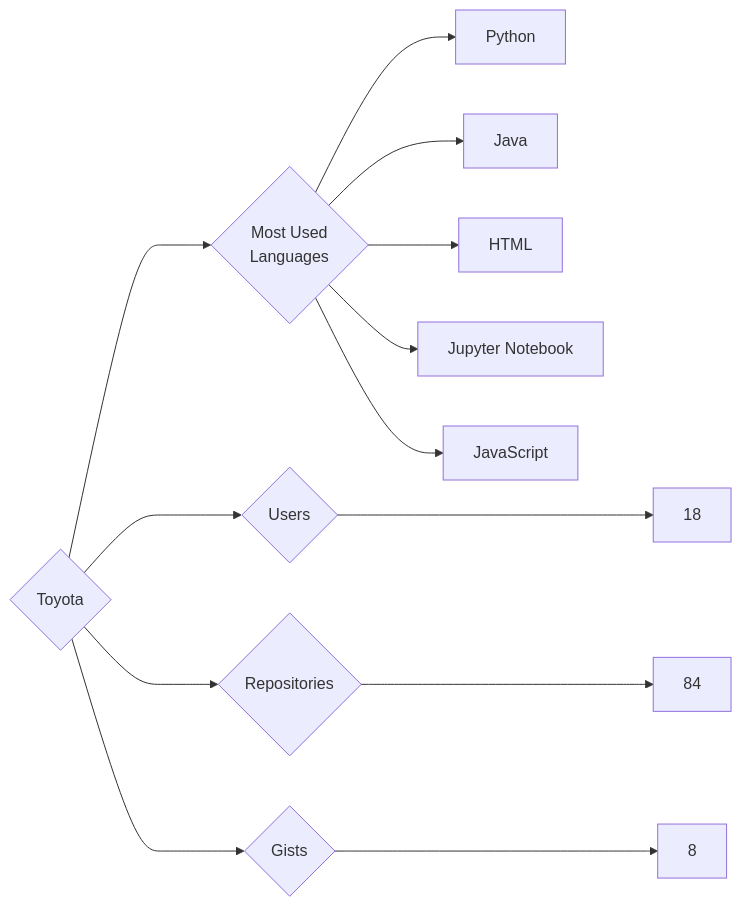
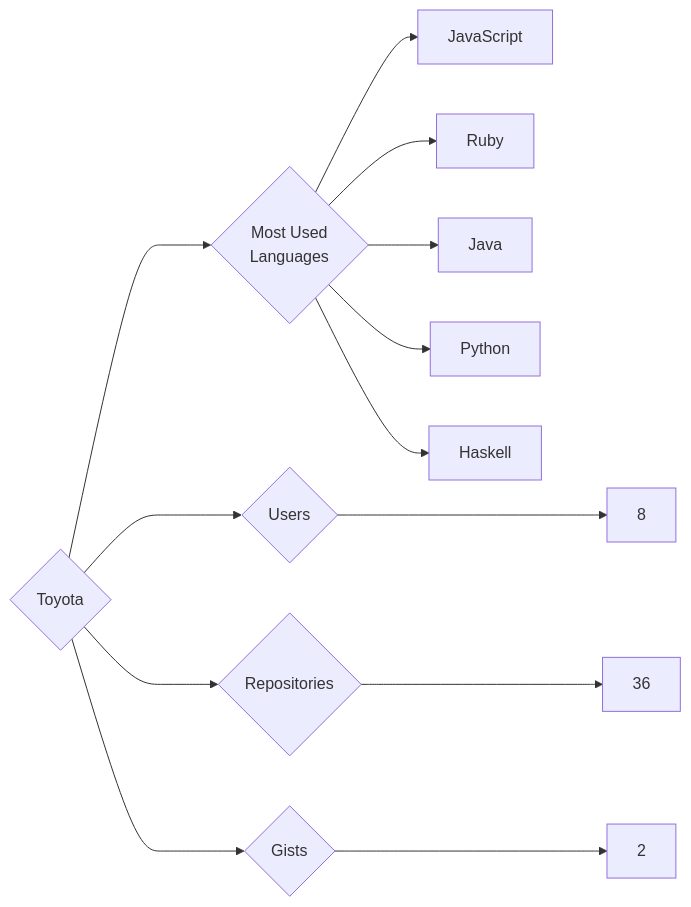
One commit to trickest/insiders changed the diagram in targets/Toyota/README.md. Above: the diagram before and after it, drawn with Mermaid. The commit also changed 1696 other files, not shown here.

````diff
--- a/targets/Toyota/README.md
+++ b/targets/Toyota/README.md
@@ -3,13 +3,13 @@
 ```mermaid
 graph LR
 COMPANY_NAME{Toyota}
-COMPANY_NAME ---> U{Users} ---> UN[18]
-COMPANY_NAME ---> R{Repositories} ---> RN[84]
-COMPANY_NAME ---> G{Gists} ---> GN[8]
+COMPANY_NAME ---> U{Users} ---> UN[8]
+COMPANY_NAME ---> R{Repositories} ---> RN[36]
+COMPANY_NAME ---> G{Gists} ---> GN[2]
 COMPANY_NAME ---> ML{Most Used<br>Languages}
+ML --> JavaScript[JavaScript]
+ML --> Ruby[Ruby]
+ML --> Java[Java]
 ML --> Python[Python]
-ML --> Java[Java]
-ML --> HTML[HTML]
-ML --> Jupyter_Notebook[Jupyter Notebook]
-ML --> JavaScript[JavaScript]
+ML --> Haskell[Haskell]
 ```
````
